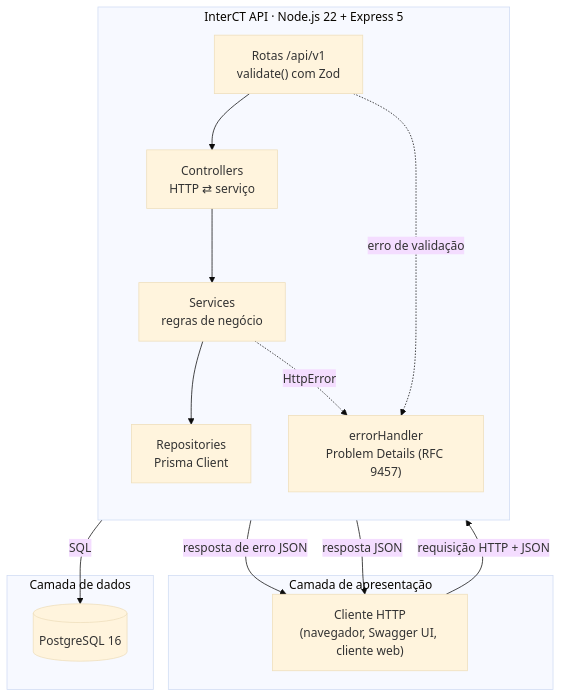
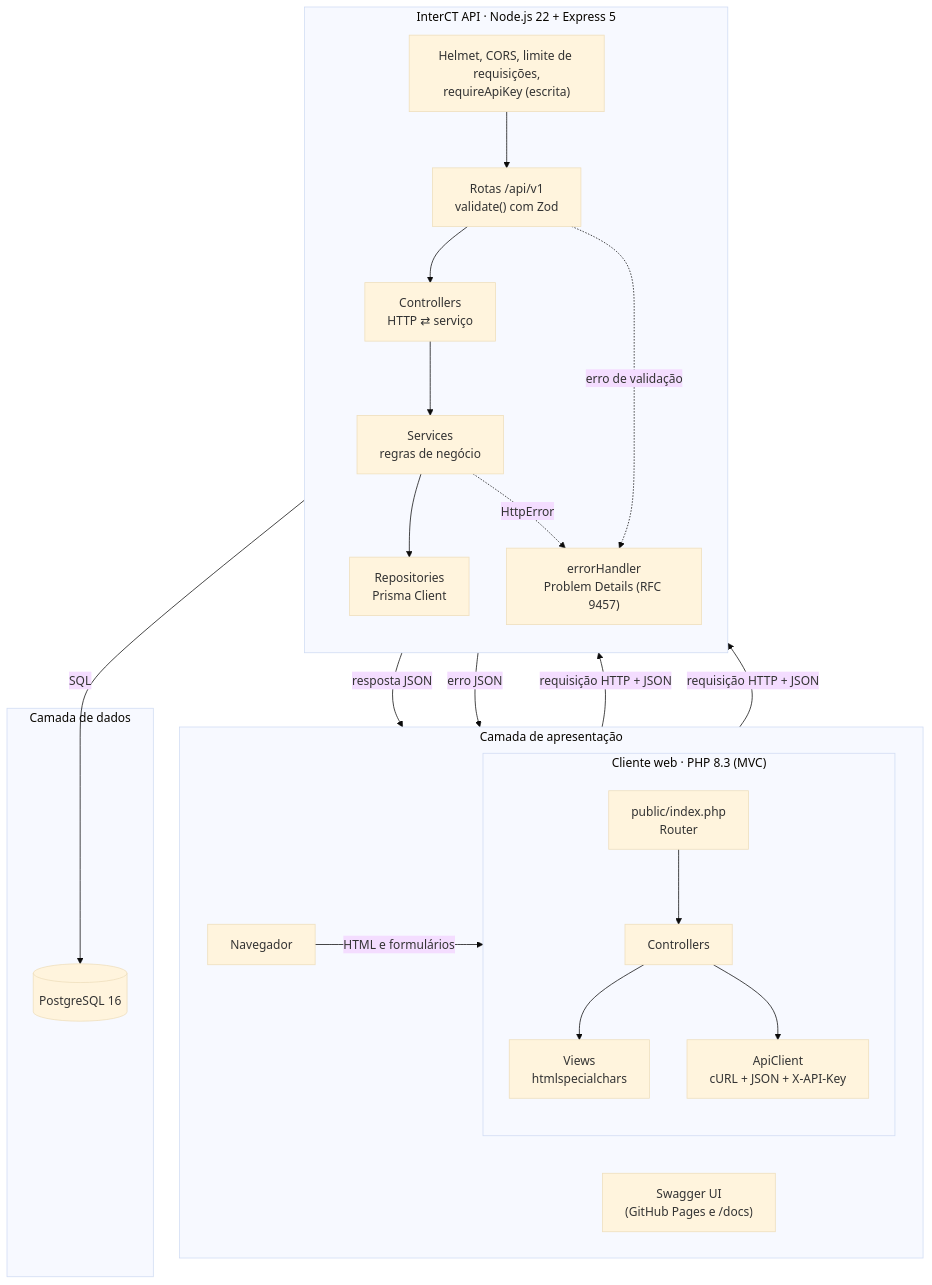
One commit to joanamespaque/ucpel-pi-iv-b changed the diagram in docs/diagramas/01-arquitetura-camadas.mmd. Above: the diagram before and after it, drawn with Mermaid (base theme). The commit also changed 9 other files, not shown here.

First line of the commit message:
docs(diagramas): atualiza arquitetura, implantação e casos de uso e inclui o cliente web

```diff
--- a/docs/diagramas/01-arquitetura-camadas.mmd
+++ b/docs/diagramas/01-arquitetura-camadas.mmd
@@ -1,22 +1,37 @@
 flowchart TB
   subgraph CLI["Camada de apresentação"]
-    C["Cliente HTTP<br/>(navegador, Swagger UI, cliente web)"]
+    direction LR
+    NAV["Navegador"]
+    SW["Swagger UI<br/>(GitHub Pages e /docs)"]
+    subgraph PHP["Cliente web · PHP 8.3 (MVC)"]
+      direction TB
+      FC["public/index.php<br/>Router"]
+      PC["Controllers"]
+      V["Views<br/>htmlspecialchars"]
+      AC["ApiClient<br/>cURL + JSON + X-API-Key"]
+      FC --> PC
+      PC --> V
+      PC --> AC
+    end
+    NAV -- "HTML e formulários" --> FC
   end
   subgraph API["InterCT API · Node.js 22 + Express 5"]
     direction TB
+    MW["Helmet, CORS, limite de requisições,<br/>requireApiKey (escrita)"]
     R["Rotas /api/v1<br/>validate() com Zod"]
     CT["Controllers<br/>HTTP ⇄ serviço"]
     S["Services<br/>regras de negócio"]
     RP["Repositories<br/>Prisma Client"]
     EH["errorHandler<br/>Problem Details (RFC 9457)"]
-    R --> CT --> S --> RP
+    MW --> R --> CT --> S --> RP
     R -. erro de validação .-> EH
     S -. HttpError .-> EH
   end
   subgraph DADOS["Camada de dados"]
     DB[("PostgreSQL 16")]
   end
-  C -- "requisição HTTP + JSON" --> R
-  EH -- "resposta de erro JSON" --> C
-  CT -- "resposta JSON" --> C
+  AC -- "requisição HTTP + JSON" --> MW
+  SW -- "requisição HTTP + JSON" --> MW
+  CT -- "resposta JSON" --> AC
+  EH -- "erro JSON" --> AC
   RP -- "SQL" --> DB
```
